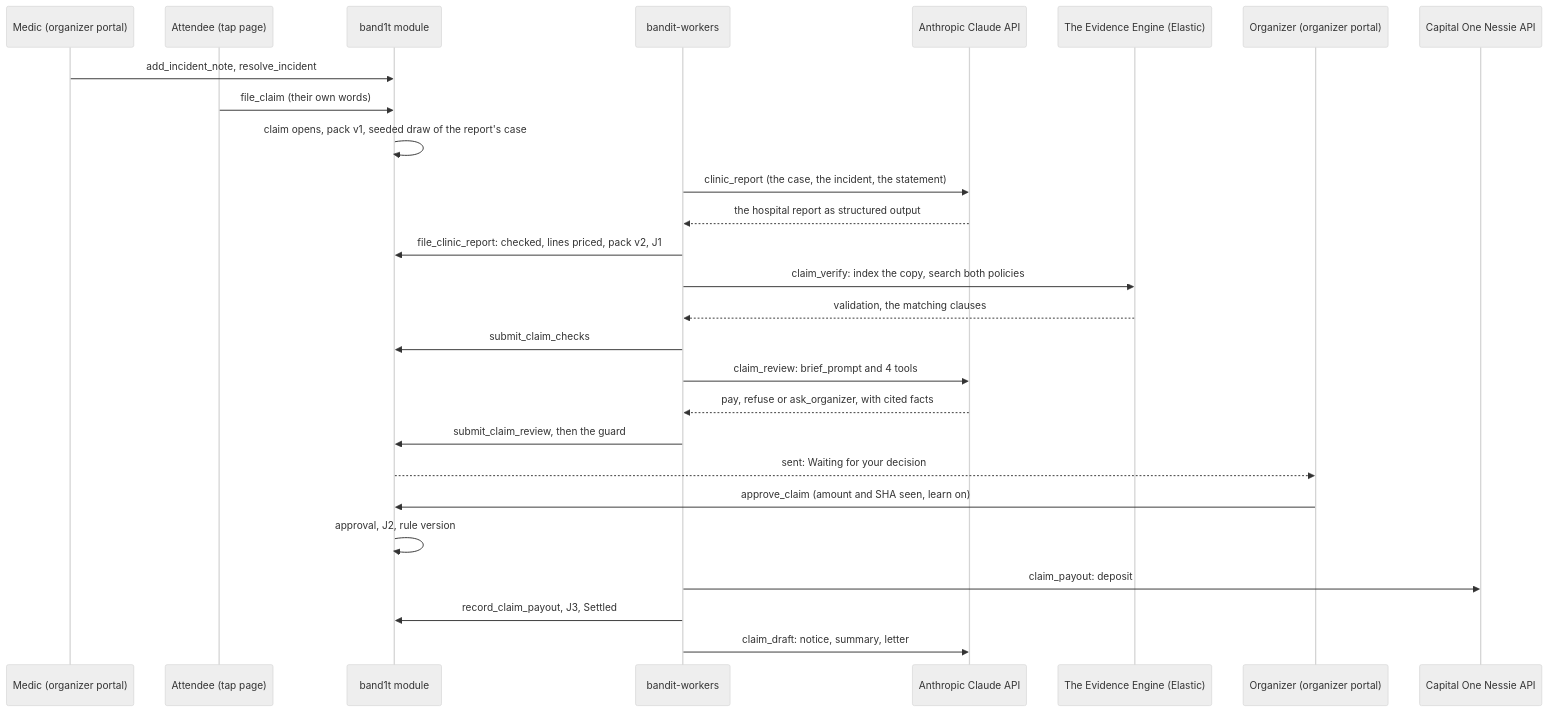
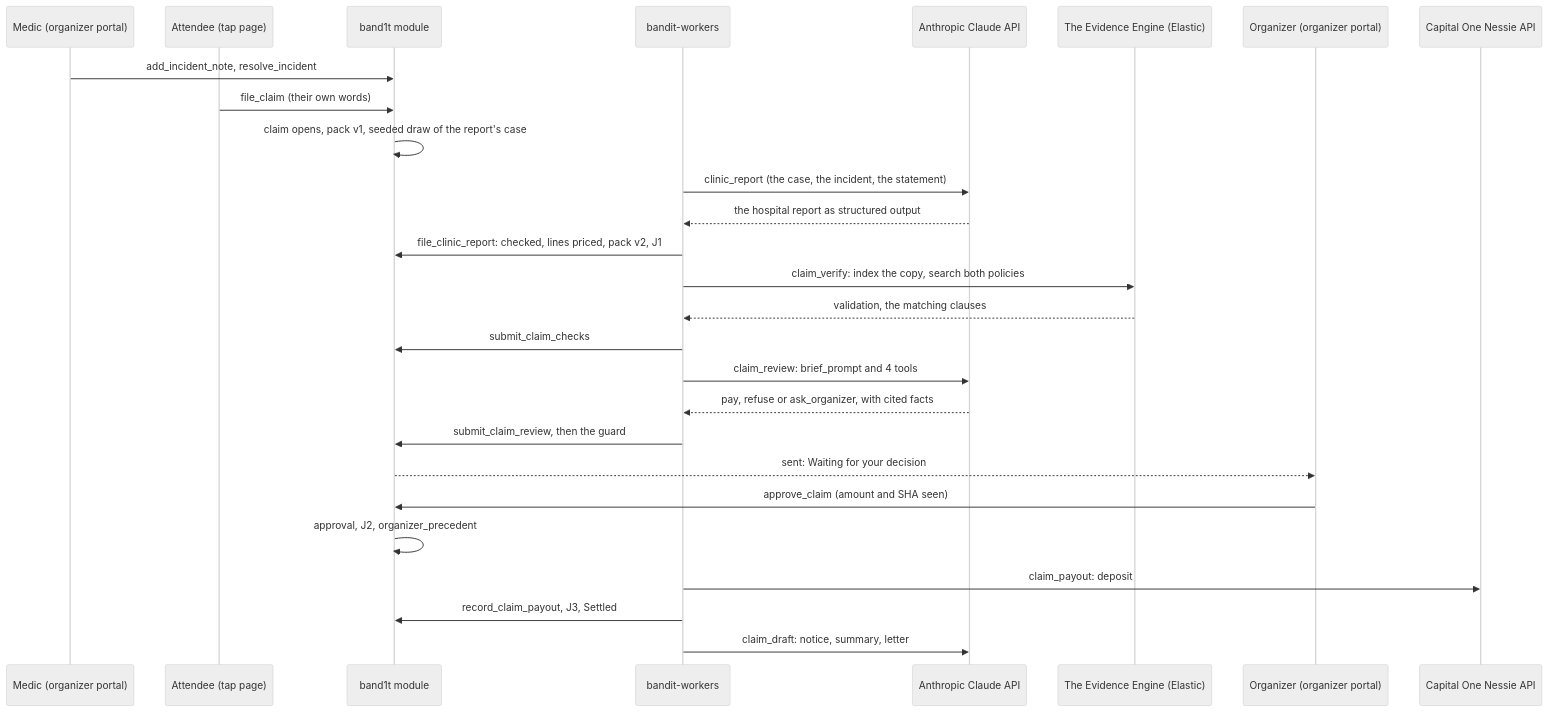
One commit to viktorinkov/cal-hacks-13 changed the fifth of 6 diagrams in System Design/6-features/Insurance.md. Above: the diagram before and after it, drawn with Mermaid (neutral theme). The commit also changed other lines of this file and 14 other files, not shown here.

````diff
--- a/System Design/6-features/Insurance.md
+++ b/System Design/6-features/Insurance.md
@@ -611,29 +700,29 @@
 ```mermaid
 sequenceDiagram
   participant Med as Medic (organizer portal)
   participant A as Attendee (tap page)
   participant M as band1t module
   participant W as bandit-workers
   participant C as Anthropic Claude API
   participant E as The Evidence Engine (Elastic)
   participant O as Organizer (organizer portal)
   participant N as Capital One Nessie API
   Med->>M: add_incident_note, resolve_incident
   A->>M: file_claim (their own words)
   M->>M: claim opens, pack v1, seeded draw of the report's case
   W->>C: clinic_report (the case, the incident, the statement)
   C-->>W: the hospital report as structured output
   W->>M: file_clinic_report: checked, lines priced, pack v2, J1
   W->>E: claim_verify: index the copy, search both policies
   E-->>W: validation, the matching clauses
   W->>M: submit_claim_checks
   W->>C: claim_review: brief_prompt and 4 tools
   C-->>W: pay, refuse or ask_organizer, with cited facts
   W->>M: submit_claim_review, then the guard
   M-->>O: sent: Waiting for your decision
-  O->>M: approve_claim (amount and SHA seen, learn on)
-  M->>M: approval, J2, rule version
+  O->>M: approve_claim (amount and SHA seen)
+  M->>M: approval, J2, organizer_precedent
   W->>N: claim_payout: deposit
   W->>M: record_claim_payout, J3, Settled
   W->>C: claim_draft: notice, summary, letter
 ```
````
